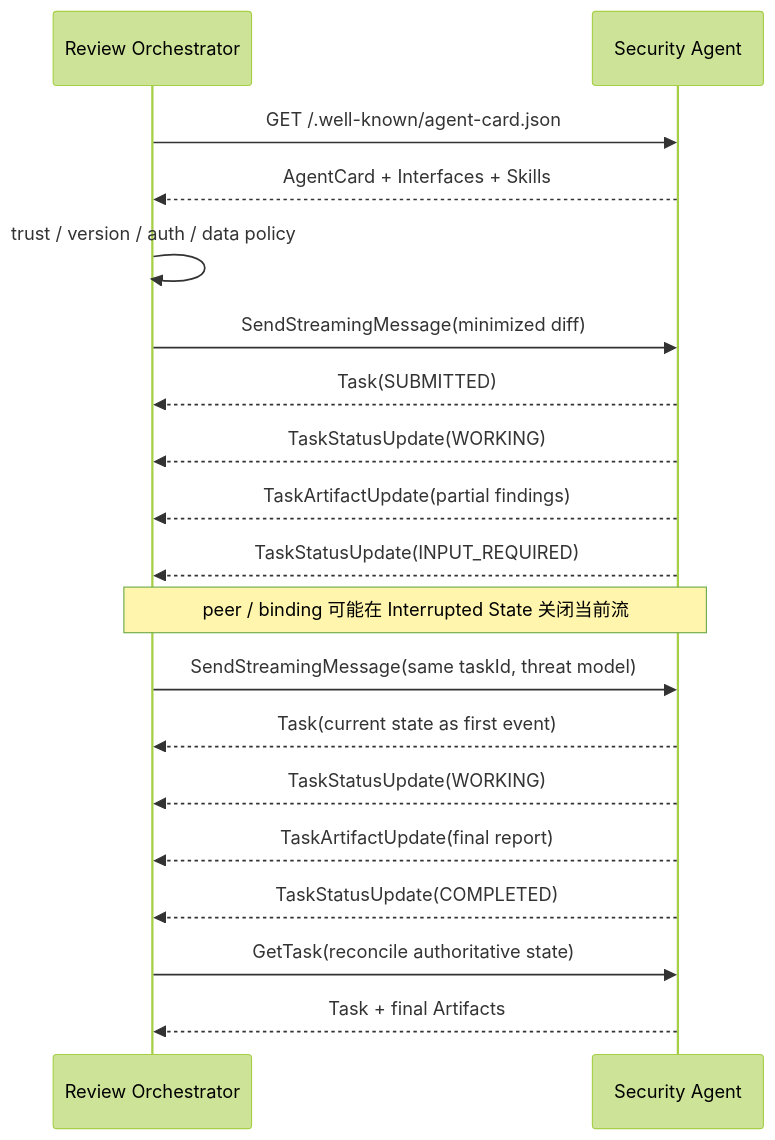
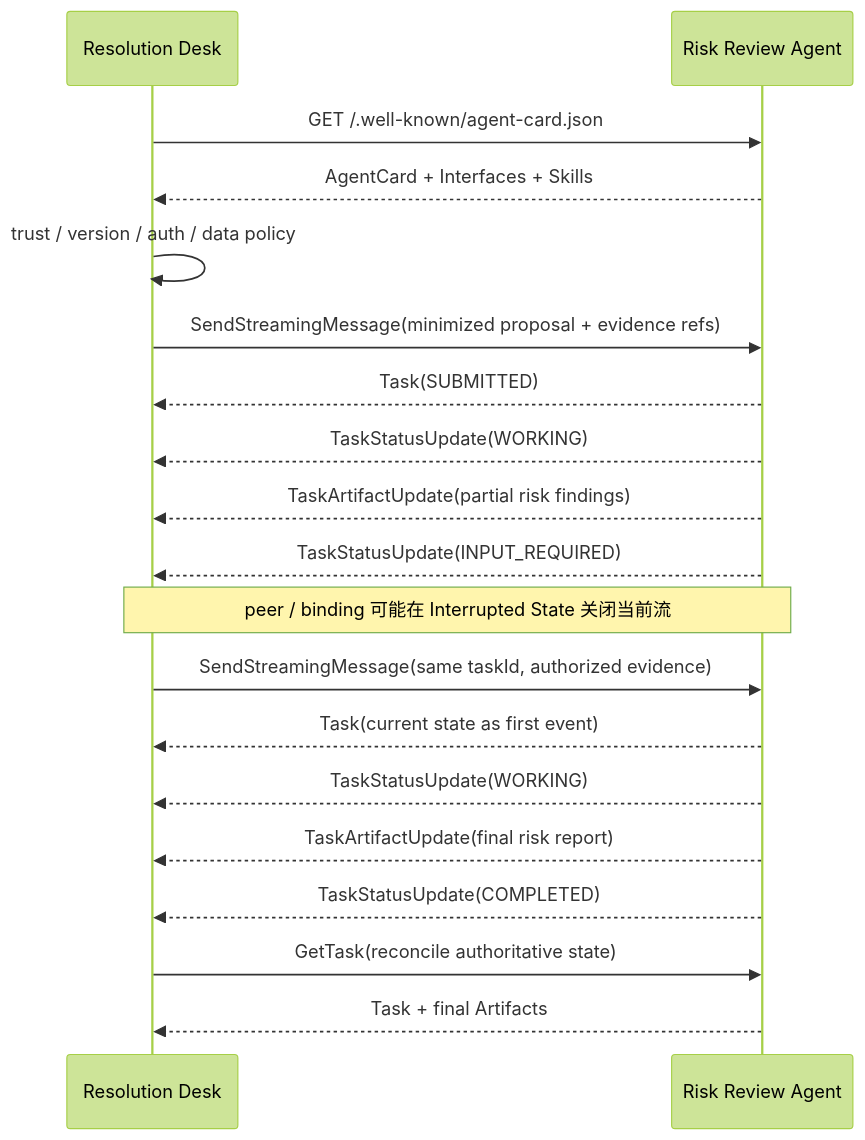
The third of 4 diagrams in site/07-工具-协议与行动控制/05-A2A与跨Agent协作协议.md (whatthehan/masterpiece-static-docs), drawn with Mermaid (forest theme) before and after one commit. The commit also changed other lines of this file and 252 other files, not shown here.

````diff
--- a/site/07-工具-协议与行动控制/05-A2A与跨Agent协作协议.md
+++ b/site/07-工具-协议与行动控制/05-A2A与跨Agent协作协议.md
@@ -290,22 +290,22 @@
 ```mermaid
 sequenceDiagram
-    participant O as Review Orchestrator
-    participant S as Security Agent
+    participant O as Resolution Desk
+    participant S as Risk Review Agent
 
     O->>S: GET /.well-known/agent-card.json
     S-->>O: AgentCard + Interfaces + Skills
     O->>O: trust / version / auth / data policy
-    O->>S: SendStreamingMessage(minimized diff)
+    O->>S: SendStreamingMessage(minimized proposal + evidence refs)
     S-->>O: Task(SUBMITTED)
     S-->>O: TaskStatusUpdate(WORKING)
-    S-->>O: TaskArtifactUpdate(partial findings)
+    S-->>O: TaskArtifactUpdate(partial risk findings)
     S-->>O: TaskStatusUpdate(INPUT_REQUIRED)
     Note over O,S: peer / binding 可能在 Interrupted State 关闭当前流
-    O->>S: SendStreamingMessage(same taskId, threat model)
+    O->>S: SendStreamingMessage(same taskId, authorized evidence)
     S-->>O: Task(current state as first event)
     S-->>O: TaskStatusUpdate(WORKING)
-    S-->>O: TaskArtifactUpdate(final report)
+    S-->>O: TaskArtifactUpdate(final risk report)
     S-->>O: TaskStatusUpdate(COMPLETED)
     O->>S: GetTask(reconcile authoritative state)
     S-->>O: Task + final Artifacts
 ```
````
